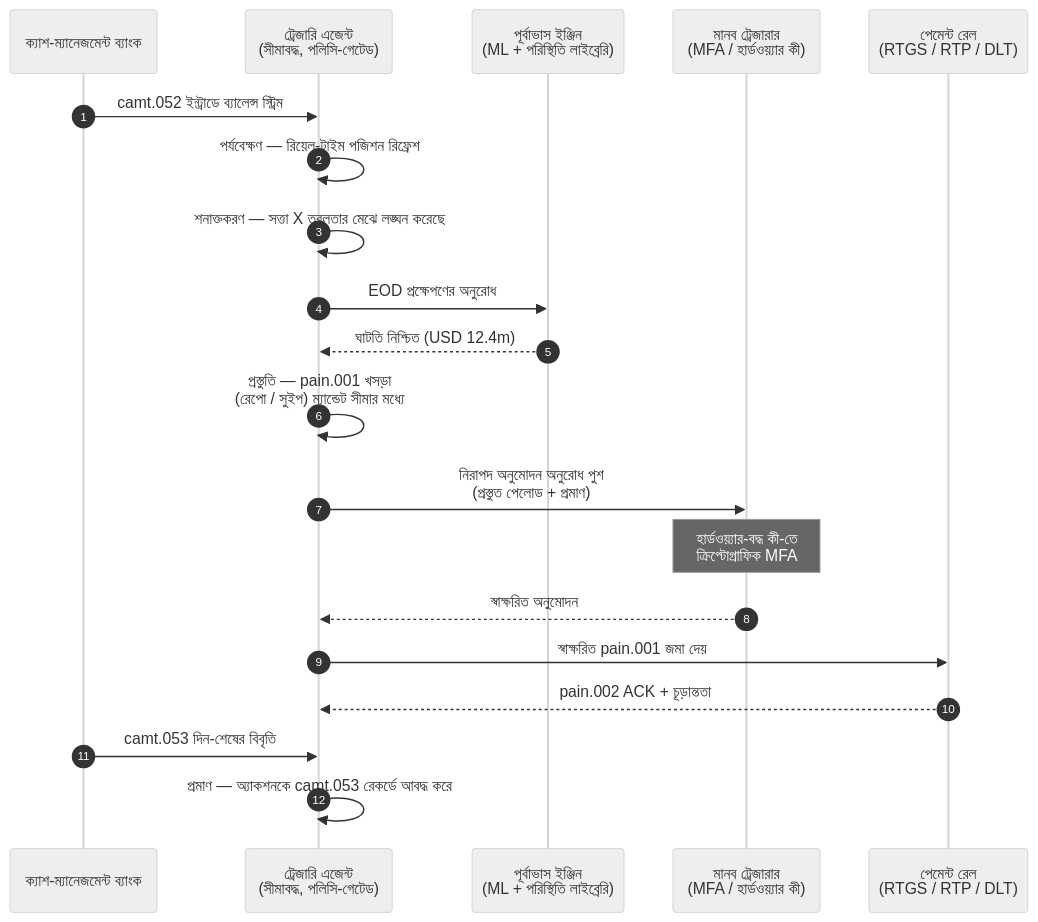
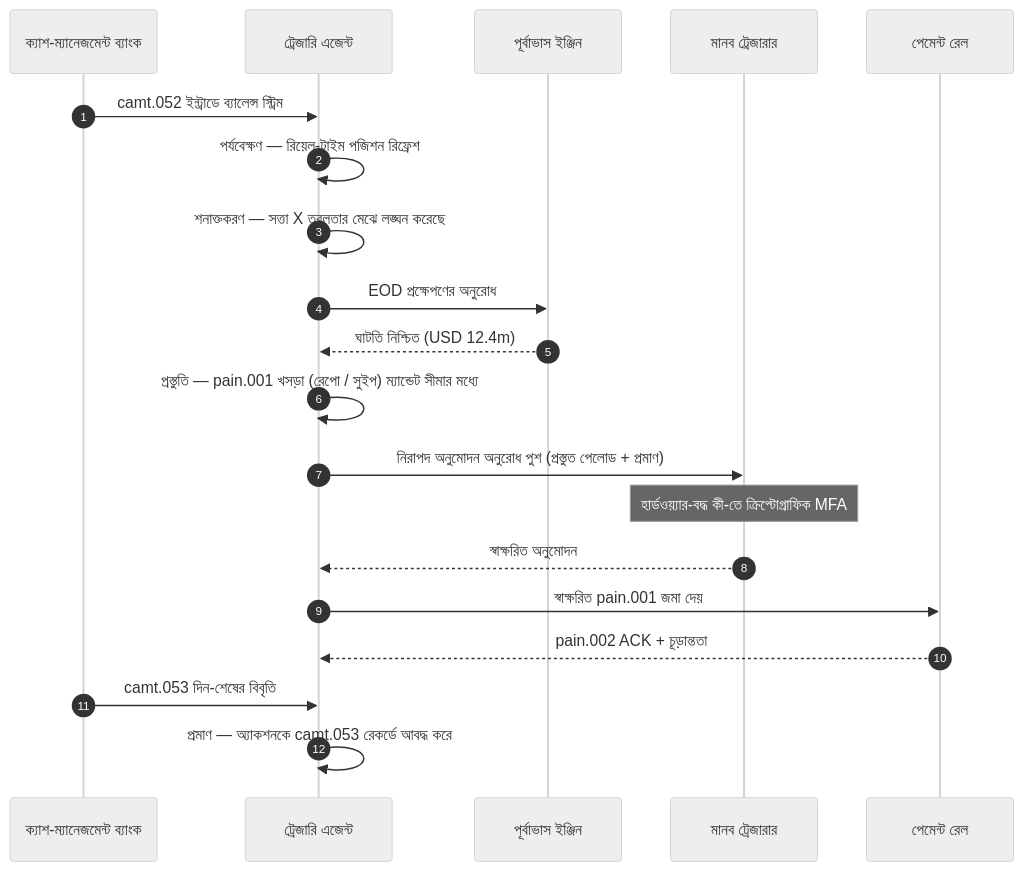
One commit to sebastienrousseau/sebastienrousseau.github.io changed the diagram in _posts/bn/2026-06-07-autonomous-treasury-index-programmable-liquidity-tokenised-deposits-2026.md. Above: the diagram before and after it, drawn with Mermaid (neutral theme). The commit also changed 2231 other files, not shown here.

First line of the commit message:
fix(mermaid): unblock Mermaid v10 rendering end-to-end (#198)

````diff
--- a/_posts/bn/2026-06-07-autonomous-treasury-index-programmable-liquidity-tokenised-deposits-2026.md
+++ b/_posts/bn/2026-06-07-autonomous-treasury-index-programmable-liquidity-tokenised-deposits-2026.md
@@ -154,23 +154,22 @@
 ```mermaid
 sequenceDiagram
     autonumber
     participant Banks as ক্যাশ-ম্যানেজমেন্ট ব্যাংক
-    participant Agent as ট্রেজারি এজেন্ট<br/>(সীমাবদ্ধ, পলিসি-গেটেড)
-    participant Forecast as পূর্বাভাস ইঞ্জিন<br/>(ML + পরিস্থিতি লাইব্রেরি)
-    participant Treasurer as মানব ট্রেজারার<br/>(MFA / হার্ডওয়্যার কী)
-    participant Rails as পেমেন্ট রেল<br/>(RTGS / RTP / DLT)
-
+    participant Agent as ট্রেজারি এজেন্ট
+    participant Forecast as পূর্বাভাস ইঞ্জিন
+    participant Treasurer as মানব ট্রেজারার
+    participant Rails as পেমেন্ট রেল
     Banks->>Agent: camt.052 ইন্ট্রাডে ব্যালেন্স স্ট্রিম
     Agent->>Agent: পর্যবেক্ষণ — রিয়েল-টাইম পজিশন রিফ্রেশ
     Agent->>Agent: শনাক্তকরণ — সত্তা X তরলতার মেঝে লঙ্ঘন করেছে
     Agent->>Forecast: EOD প্রক্ষেপণের অনুরোধ
     Forecast-->>Agent: ঘাটতি নিশ্চিত (USD 12.4m)
-    Agent->>Agent: প্রস্তুতি — pain.001 খসড়া<br/>(রেপো / সুইপ) ম্যান্ডেট সীমার মধ্যে
-    Agent->>Treasurer: নিরাপদ অনুমোদন অনুরোধ পুশ<br/>(প্রস্তুত পেলোড + প্রমাণ)
-    Note over Treasurer: হার্ডওয়্যার-বদ্ধ কী-তে<br/>ক্রিপ্টোগ্রাফিক MFA
+    Agent->>Agent: প্রস্তুতি — pain.001 খসড়া (রেপো / সুইপ) ম্যান্ডেট সীমার মধ্যে
+    Agent->>Treasurer: নিরাপদ অনুমোদন অনুরোধ পুশ (প্রস্তুত পেলোড + প্রমাণ)
+    Note over Treasurer: হার্ডওয়্যার-বদ্ধ কী-তে ক্রিপ্টোগ্রাফিক MFA
     Treasurer-->>Agent: স্বাক্ষরিত অনুমোদন
     Agent->>Rails: স্বাক্ষরিত pain.001 জমা দেয়
     Rails-->>Agent: pain.002 ACK + চূড়ান্ততা
     Banks->>Agent: camt.053 দিন-শেষের বিবৃতি
     Agent->>Agent: প্রমাণ — অ্যাকশনকে camt.053 রেকর্ডে আবদ্ধ করে
 ```
````
